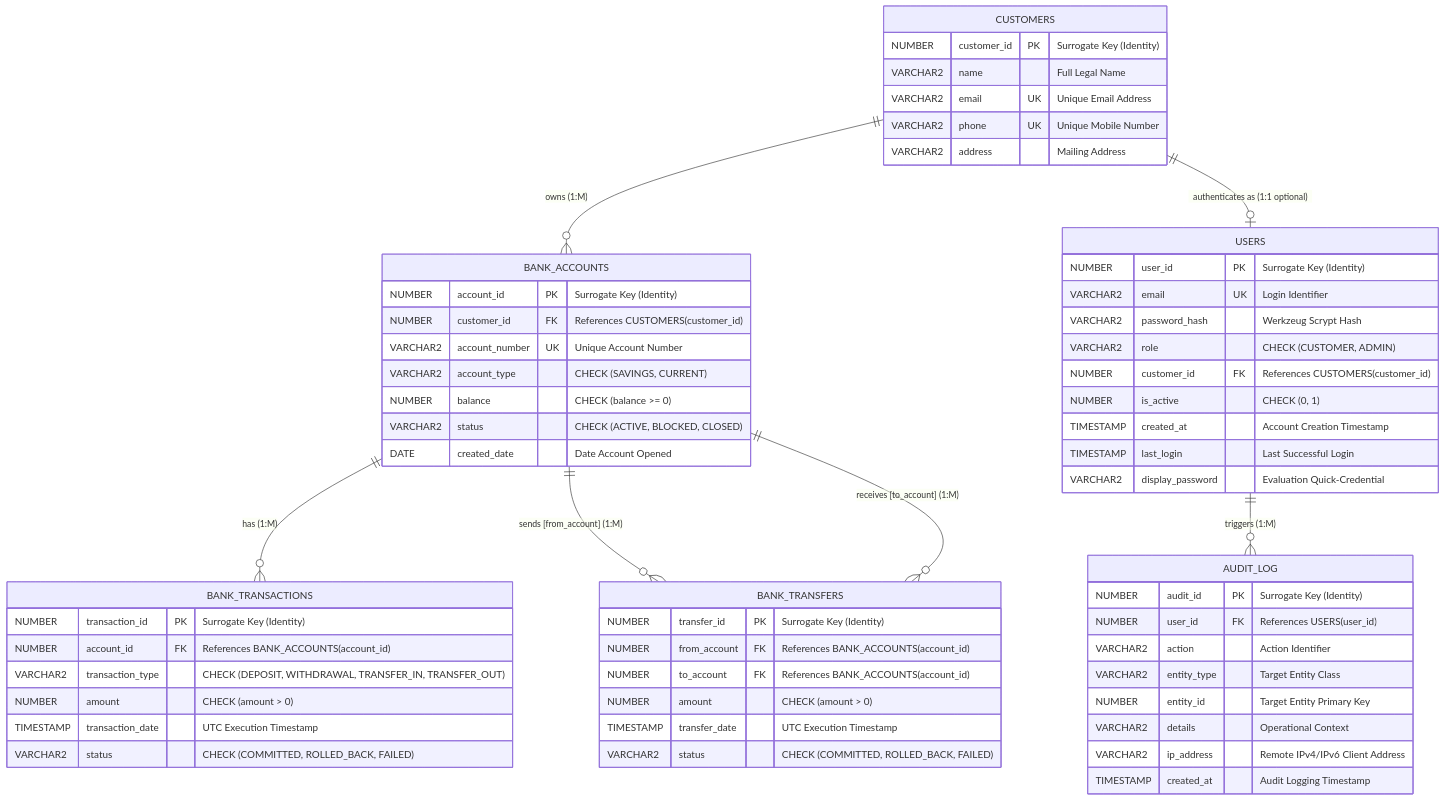
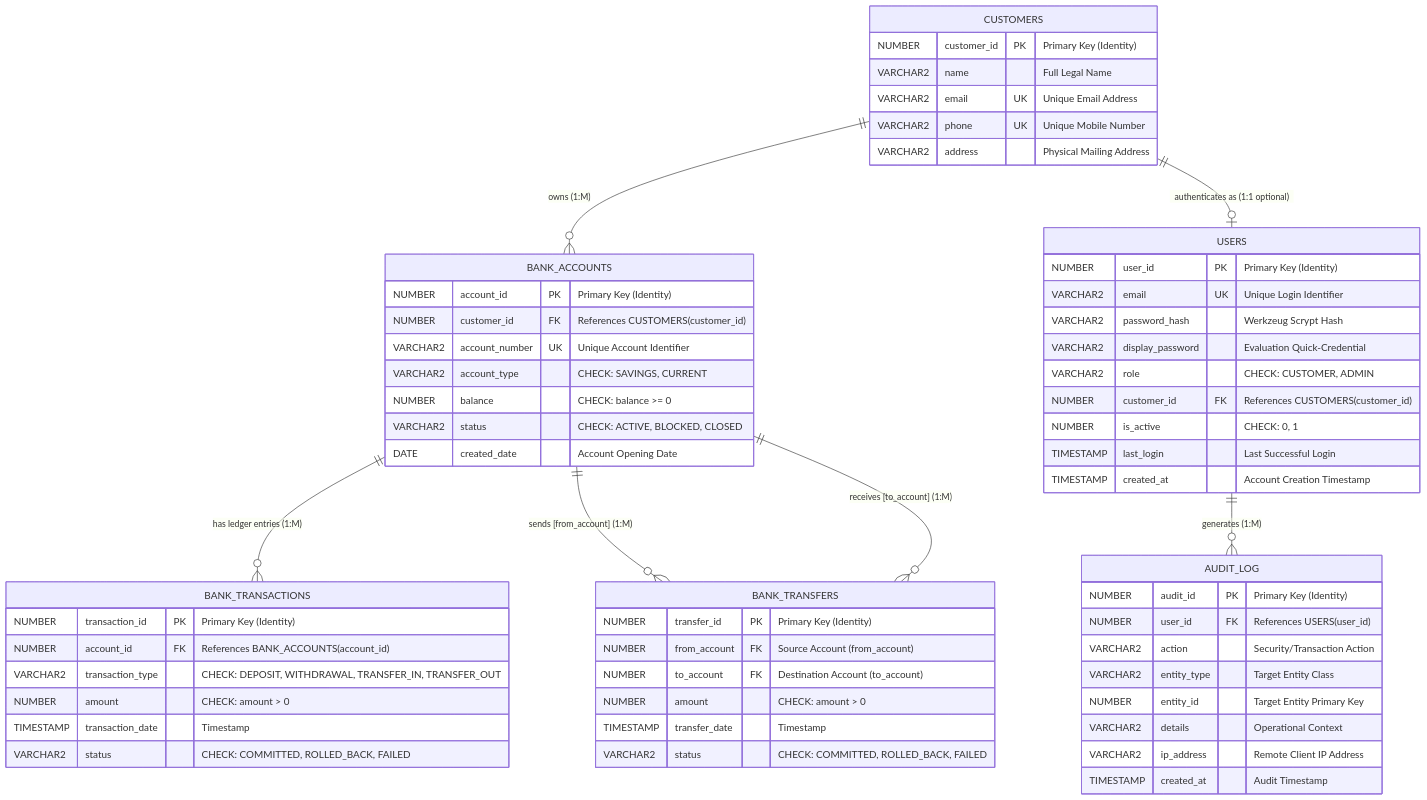
The diagram in KAPA_BANK_ER_DIAGRAM.md (ash-sk06/KAAP-Bank), drawn with Mermaid before and after one commit. The commit also changed other lines of this file and 2 other files, not shown here.

Commit message:
docs: finalize comprehensive DBMS project documentation, ER model, and relational mapping

````diff
--- a/KAPA_BANK_ER_DIAGRAM.md
+++ b/KAPA_BANK_ER_DIAGRAM.md
@@ -9,68 +9,68 @@
 ```mermaid
 erDiagram
     CUSTOMERS ||--o{ BANK_ACCOUNTS : "owns (1:M)"
     CUSTOMERS ||--o| USERS : "authenticates as (1:1 optional)"
-    BANK_ACCOUNTS ||--o{ BANK_TRANSACTIONS : "has (1:M)"
+    BANK_ACCOUNTS ||--o{ BANK_TRANSACTIONS : "has ledger entries (1:M)"
     BANK_ACCOUNTS ||--o{ BANK_TRANSFERS : "sends [from_account] (1:M)"
     BANK_ACCOUNTS ||--o{ BANK_TRANSFERS : "receives [to_account] (1:M)"
-    USERS ||--o{ AUDIT_LOG : "triggers (1:M)"
+    USERS ||--o{ AUDIT_LOG : "generates (1:M)"
 
     CUSTOMERS {
-        NUMBER customer_id PK "Surrogate Key (Identity)"
+        NUMBER customer_id PK "Primary Key (Identity)"
         VARCHAR2 name "Full Legal Name"
         VARCHAR2 email UK "Unique Email Address"
         VARCHAR2 phone UK "Unique Mobile Number"
-        VARCHAR2 address "Mailing Address"
+        VARCHAR2 address "Physical Mailing Address"
     }
 
     USERS {
-        NUMBER user_id PK "Surrogate Key (Identity)"
-        VARCHAR2 email UK "Login Identifier"
+        NUMBER user_id PK "Primary Key (Identity)"
+        VARCHAR2 email UK "Unique Login Identifier"
         VARCHAR2 password_hash "Werkzeug Scrypt Hash"
-        VARCHAR2 role "CHECK (CUSTOMER, ADMIN)"
+        VARCHAR2 display_password "Evaluation Quick-Credential"
+        VARCHAR2 role "CHECK: CUSTOMER, ADMIN"
         NUMBER customer_id FK "References CUSTOMERS(customer_id)"
-        NUMBER is_active "CHECK (0, 1)"
+        NUMBER is_active "CHECK: 0, 1"
+        TIMESTAMP last_login "Last Successful Login"
         TIMESTAMP created_at "Account Creation Timestamp"
-        TIMESTAMP last_login "Last Successful Login"
-        VARCHAR2 display_password "Evaluation Quick-Credential"
     }
 
     BANK_ACCOUNTS {
-        NUMBER account_id PK "Surrogate Key (Identity)"
+        NUMBER account_id PK "Primary Key (Identity)"
         NUMBER customer_id FK "References CUSTOMERS(customer_id)"
-        VARCHAR2 account_number UK "Unique Account Number"
-        VARCHAR2 account_type "CHECK (SAVINGS, CURRENT)"
-        NUMBER balance "CHECK (balance >= 0)"
-        VARCHAR2 status "CHECK (ACTIVE, BLOCKED, CLOSED)"
-        DATE created_date "Date Account Opened"
+        VARCHAR2 account_number UK "Unique Account Identifier"
+        VARCHAR2 account_type "CHECK: SAVINGS, CURRENT"
+        NUMBER balance "CHECK: balance >= 0"
+        VARCHAR2 status "CHECK: ACTIVE, BLOCKED, CLOSED"
+        DATE created_date "Account Opening Date"
     }
 
     BANK_TRANSACTIONS {
-        NUMBER transaction_id PK "Surrogate Key (Identity)"
+        NUMBER transaction_id PK "Primary Key (Identity)"
         NUMBER account_id FK "References BANK_ACCOUNTS(account_id)"
-        VARCHAR2 transaction_type "CHECK (DEPOSIT, WITHDRAWAL, TRANSFER_IN, TRANSFER_OUT)"
-        NUMBER amount "CHECK (amount > 0)"
-        TIMESTAMP transaction_date "UTC Execution Timestamp"
-        VARCHAR2 status "CHECK (COMMITTED, ROLLED_BACK, FAILED)"
+        VARCHAR2 transaction_type "CHECK: DEPOSIT, WITHDRAWAL, TRANSFER_IN, TRANSFER_OUT"
+        NUMBER amount "CHECK: amount > 0"
+        TIMESTAMP transaction_date "Timestamp"
+        VARCHAR2 status "CHECK: COMMITTED, ROLLED_BACK, FAILED"
     }
 
     BANK_TRANSFERS {
-        NUMBER transfer_id PK "Surrogate Key (Identity)"
-        NUMBER from_account FK "References BANK_ACCOUNTS(account_id)"
-        NUMBER to_account FK "References BANK_ACCOUNTS(account_id)"
-        NUMBER amount "CHECK (amount > 0)"
-        TIMESTAMP transfer_date "UTC Execution Timestamp"
-        VARCHAR2 status "CHECK (COMMITTED, ROLLED_BACK, FAILED)"
+        NUMBER transfer_id PK "Primary Key (Identity)"
+        NUMBER from_account FK "Source Account (from_account)"
+        NUMBER to_account FK "Destination Account (to_account)"
+        NUMBER amount "CHECK: amount > 0"
+        TIMESTAMP transfer_date "Timestamp"
+        VARCHAR2 status "CHECK: COMMITTED, ROLLED_BACK, FAILED"
     }
 
     AUDIT_LOG {
-        NUMBER audit_id PK "Surrogate Key (Identity)"
+        NUMBER audit_id PK "Primary Key (Identity)"
         NUMBER user_id FK "References USERS(user_id)"
-        VARCHAR2 action "Action Identifier"
+        VARCHAR2 action "Security/Transaction Action"
         VARCHAR2 entity_type "Target Entity Class"
         NUMBER entity_id "Target Entity Primary Key"
         VARCHAR2 details "Operational Context"
-        VARCHAR2 ip_address "Remote IPv4/IPv6 Client Address"
-        TIMESTAMP created_at "Audit Logging Timestamp"
+        VARCHAR2 ip_address "Remote Client IP Address"
+        TIMESTAMP created_at "Audit Timestamp"
     }
 ```
````
